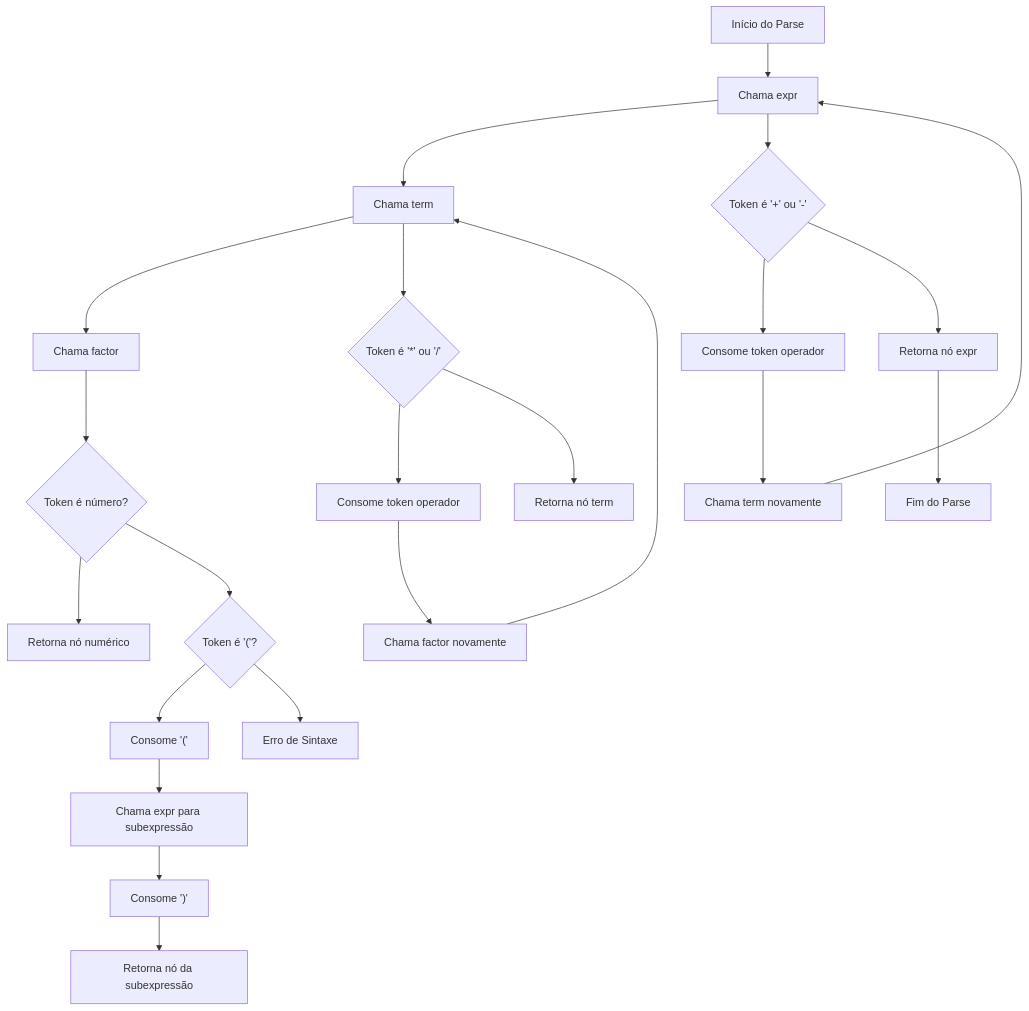
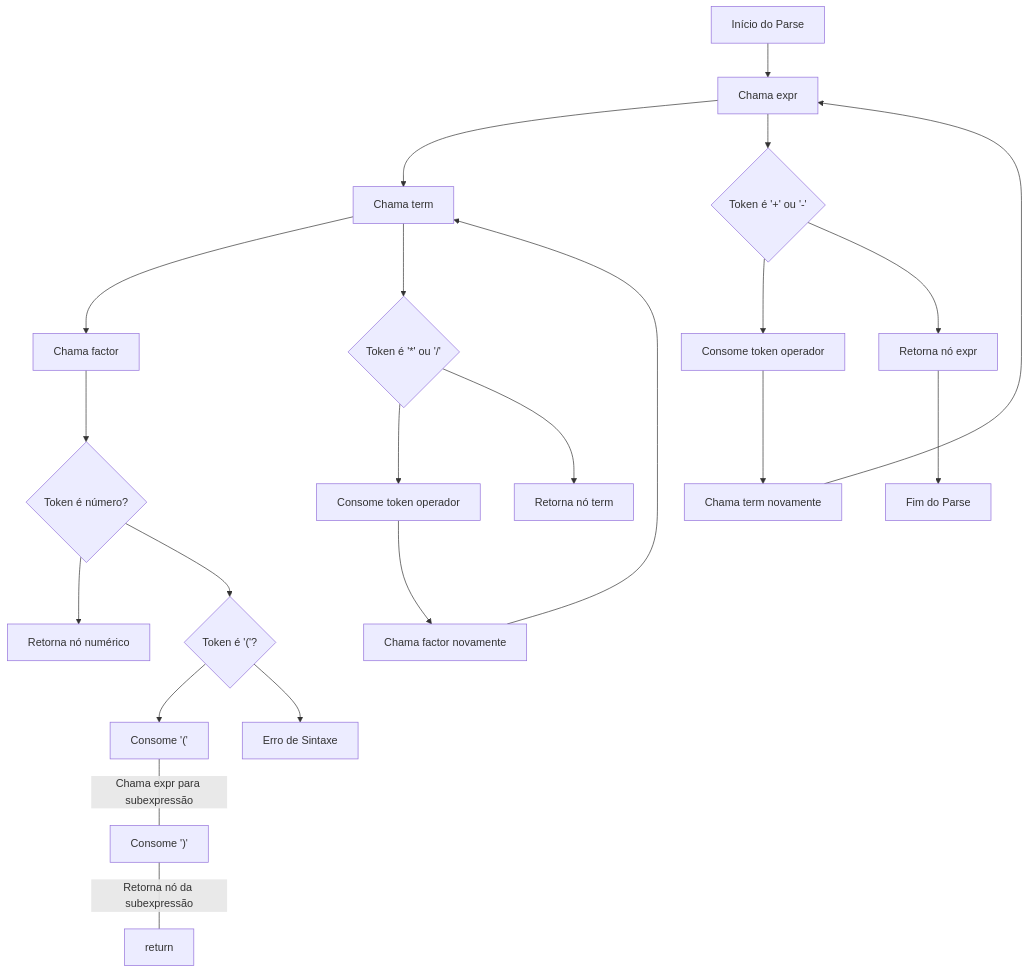
One commit to moiz4rt/interpretador-simples-matematica changed the diagram in README.md. Above: the diagram before and after it, drawn with Mermaid.

Commit message:
README atualizado

````diff
--- a/README.md
+++ b/README.md
@@ -31,31 +31,31 @@
 ```mermaid
-    graph TD
+graph TD
     A[Início do Parse] --> B[Chama expr]
     B --> C[Chama term]
     C --> D[Chama factor]
 
     D --> E{Token é número?}
     E --> F[Retorna nó numérico]
     E --> G{Token é '#40;'?}
-    
+
     G --> H[Consome '#40;']
-    H --> I[Chama expr para subexpressão]
-    I --> J[Consome '#41;']
-    J --> K[Retorna nó da subexpressão]
-    
+    H -- Chama expr para subexpressão ---
+    J[Consome '#41;']
+    J -- Retorna nó da subexpressão --- return
+
     G --> L[Erro de Sintaxe]
 
     C --> M{Token é '*' ou '/'}
     M --> N[Consome token operador]
     N --> O[Chama factor novamente]
     O --> C
     M --> P[Retorna nó term]
 
     B --> Q{Token é '+' ou '-'}
     Q --> R[Consome token operador]
     R --> S[Chama term novamente]
     S --> B
     Q --> T[Retorna nó expr]
-    
+
     T --> Z[Fim do Parse]
 ```
````
